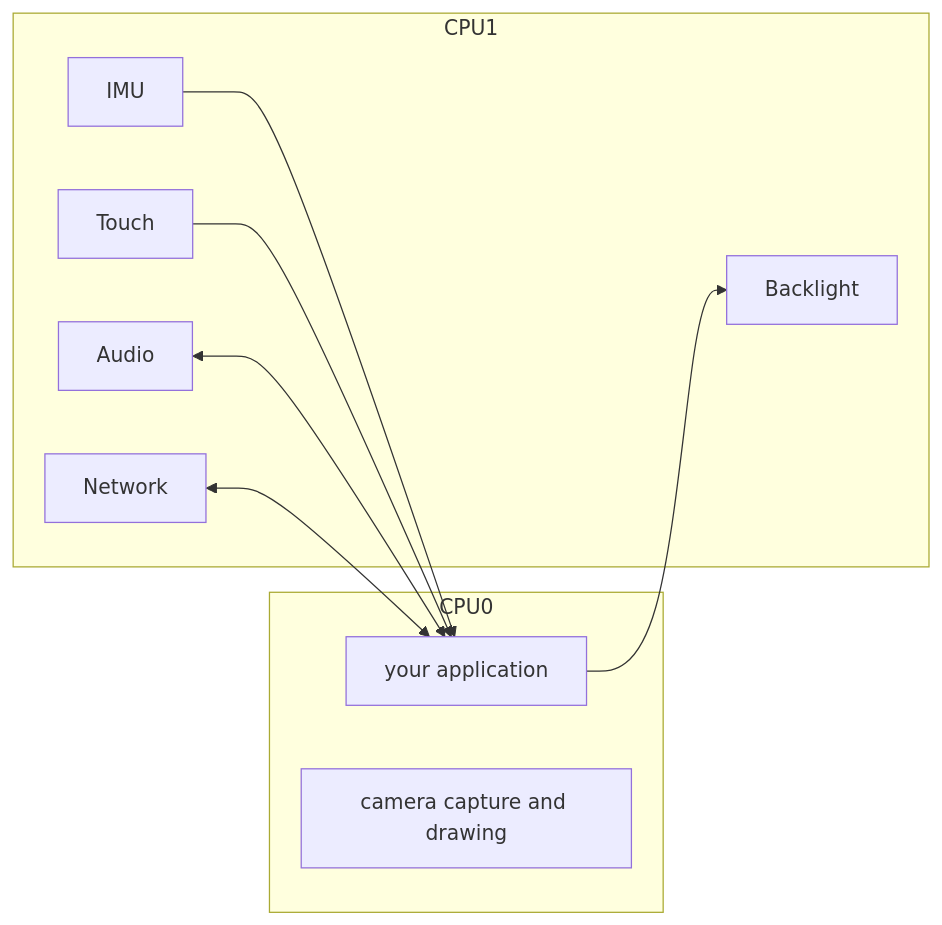
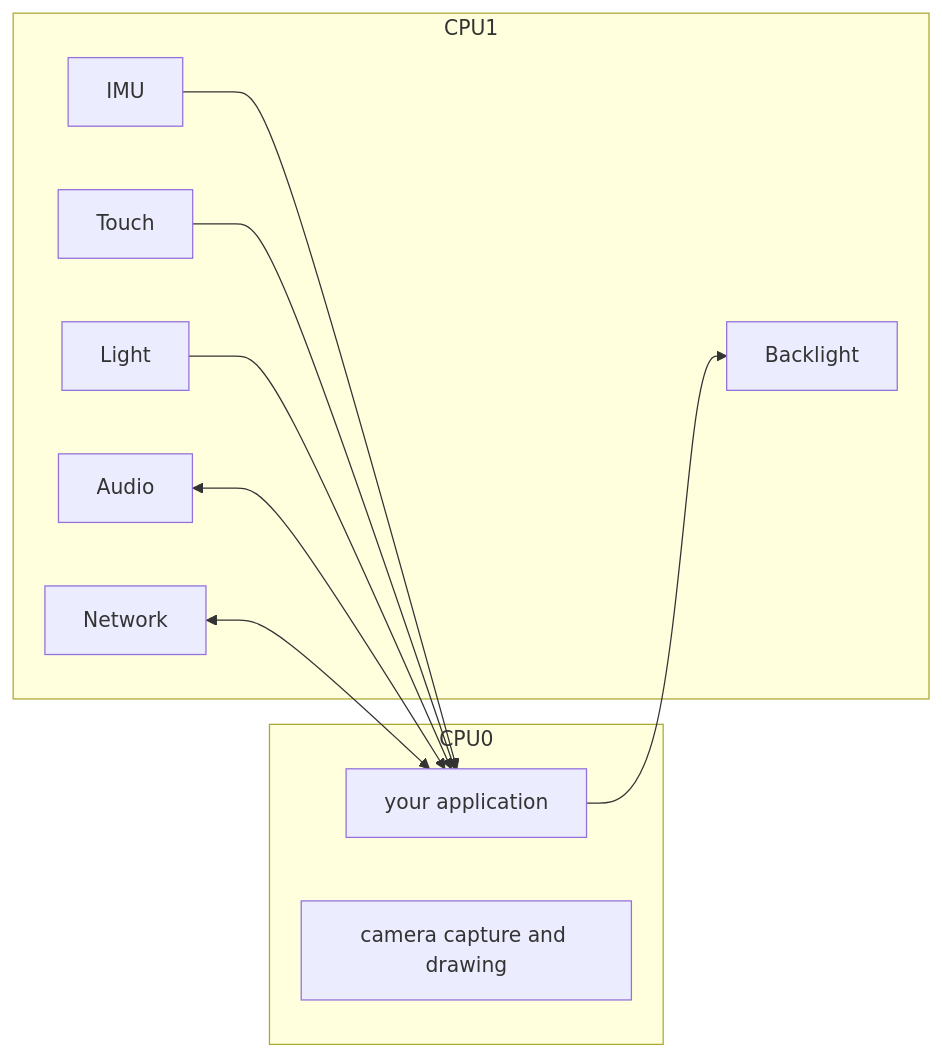
Before and after one commit to wackazong/hackandhike-2026: the third of 7 diagrams in docs/architecture.md, drawn with Mermaid. The commit also changed other lines of this file and 11 other files, not shown here.

````diff
--- a/docs/architecture.md
+++ b/docs/architecture.md
@@ -88,19 +90,21 @@
 ```mermaid
 flowchart LR
     subgraph CPU0
         App["your application"]
         Camera["camera capture and drawing"]
     end
     subgraph CPU1
         IMU["IMU"]
         Touch["Touch"]
+        Light["Light"]
         Audio["Audio"]
         Network["Network"]
         Backlight["Backlight"]
     end
     IMU --> App
     Touch --> App
+    Light --> App
     Audio <--> App
     Network <--> App
     App --> Backlight
 ```
````
